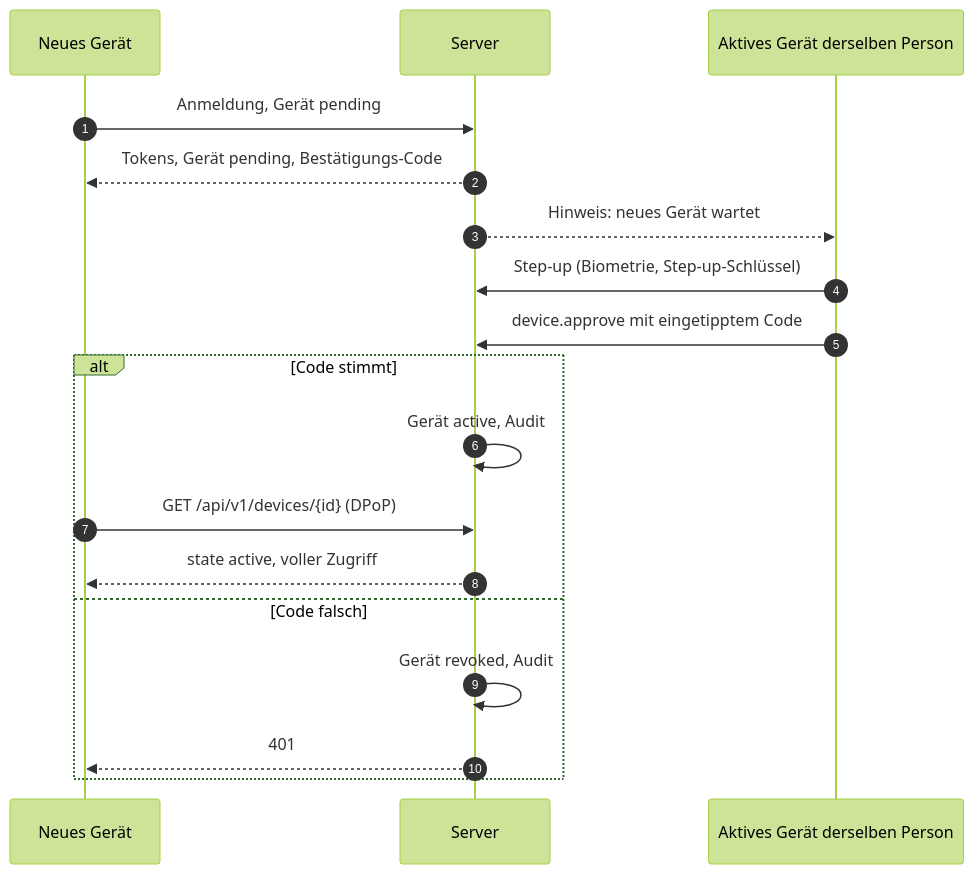
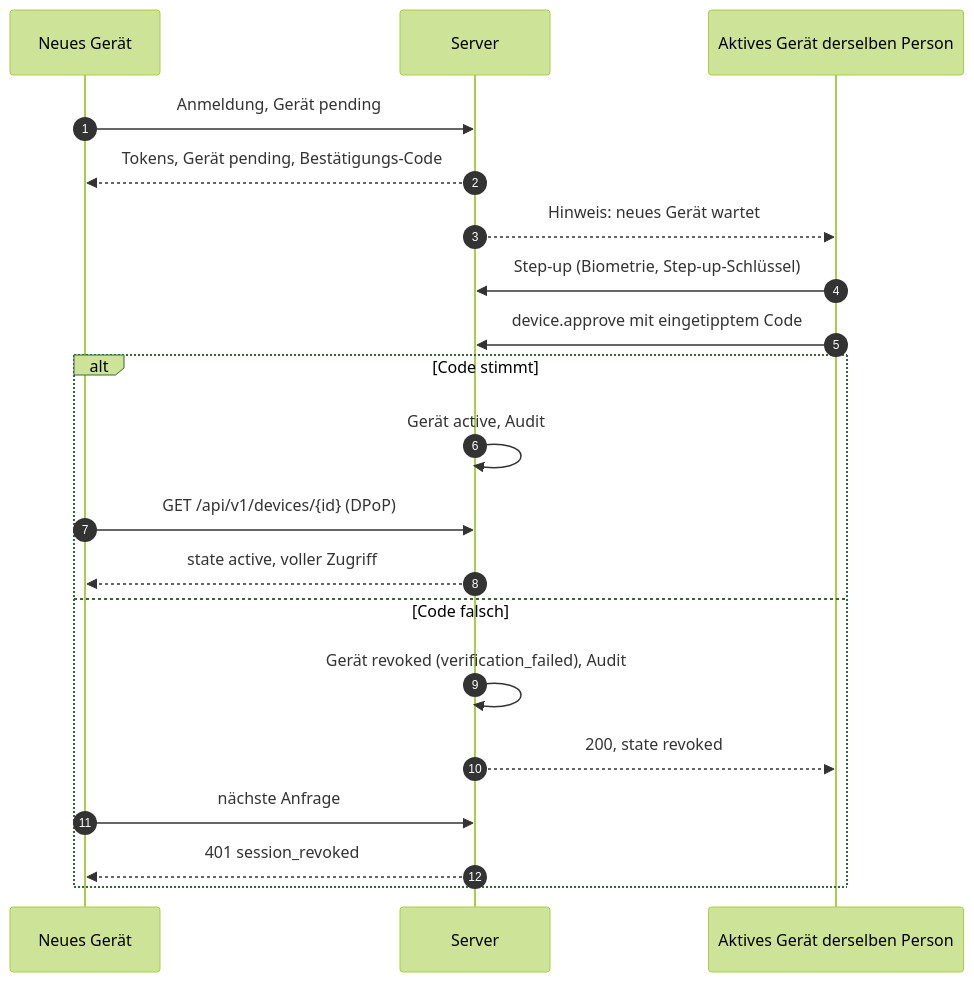
One commit to mguttmann/bothy changed the second of 3 diagrams in docs/spec/08-identitaet.md. Above: the diagram before and after it, drawn with Mermaid (forest theme). The commit also changed other lines of this file and 14 other files, not shown here.

````diff
--- a/docs/spec/08-identitaet.md
+++ b/docs/spec/08-identitaet.md
@@ -585,20 +788,22 @@
 ```mermaid
 sequenceDiagram
     autonumber
     participant N as Neues Gerät
     participant S as Server
     participant G as Aktives Gerät derselben Person
     N->>S: Anmeldung, Gerät pending
     S-->>N: Tokens, Gerät pending, Bestätigungs-Code
     S-->>G: Hinweis: neues Gerät wartet
     G->>S: Step-up (Biometrie, Step-up-Schlüssel)
     G->>S: device.approve mit eingetipptem Code
     alt Code stimmt
         S->>S: Gerät active, Audit
         N->>S: GET /api/v1/devices/{id} (DPoP)
         S-->>N: state active, voller Zugriff
     else Code falsch
-        S->>S: Gerät revoked, Audit
-        S-->>N: 401
+        S->>S: Gerät revoked (verification_failed), Audit
+        S-->>G: 200, state revoked
+        N->>S: nächste Anfrage
+        S-->>N: 401 session_revoked
     end
 ```
````
